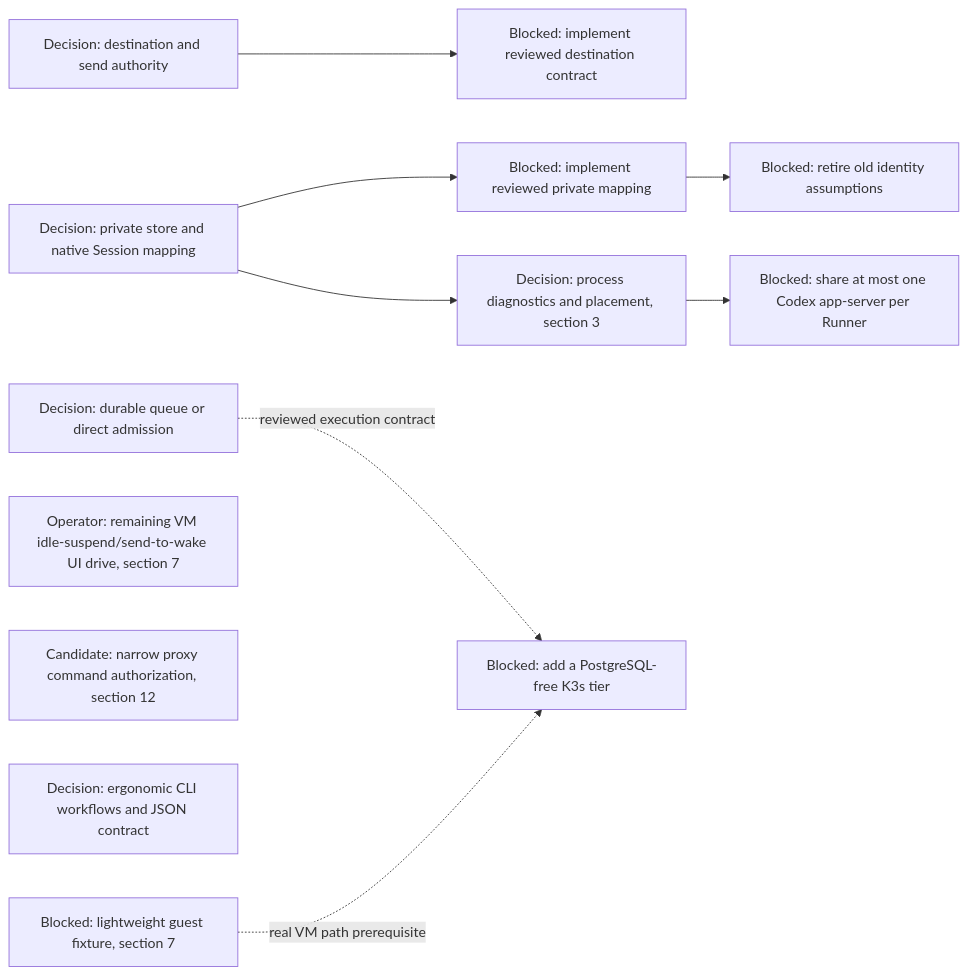
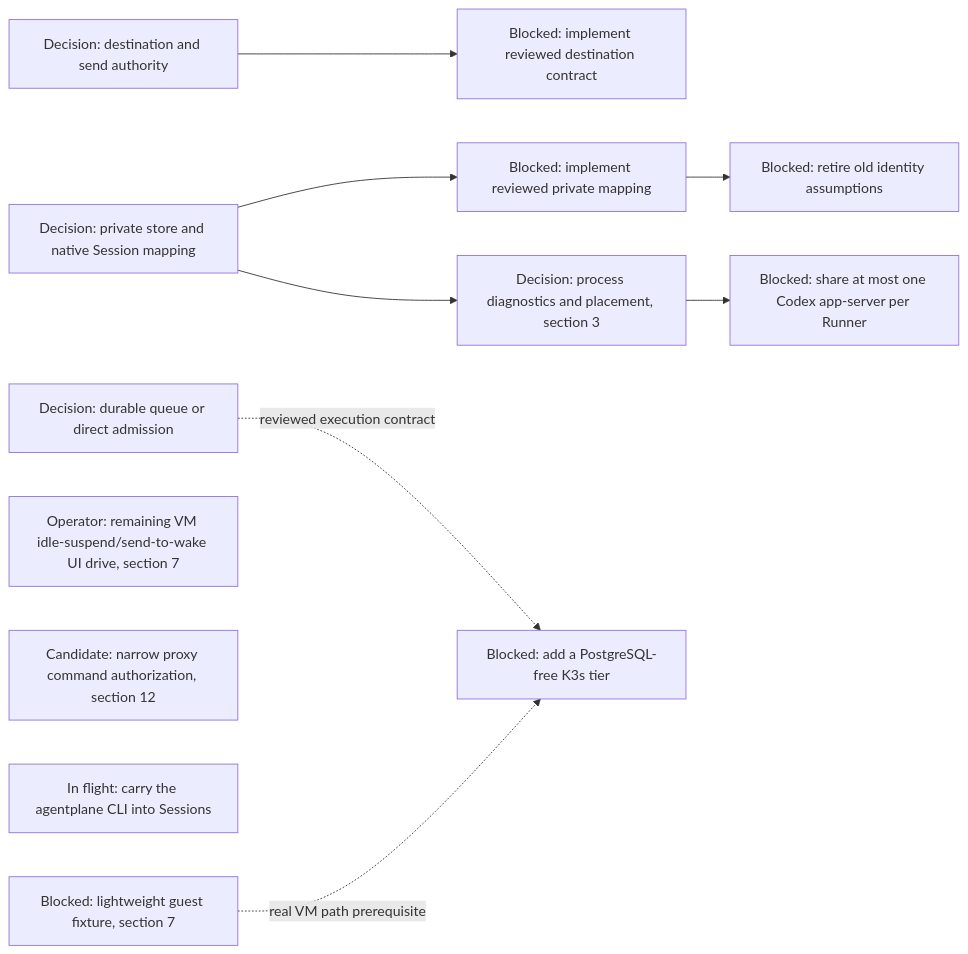
Before and after one commit to agentydragon-agent/ducktape: diagram 16 of 17 in agentplane/plans/task_dag.md, drawn with Mermaid. The commit also changed other lines of this file and 25 other files, not shown here.

````diff
--- a/agentplane/plans/task_dag.md
+++ b/agentplane/plans/task_dag.md
@@ -1809,22 +1809,22 @@
 ```mermaid
 flowchart LR
     DISPATCHER_PERSISTENCE_MODEL_DESIGN[Decision: durable queue or direct admission]
     DELIVERY_DESTINATION_AUTHORITY_DESIGN[Decision: destination and send authority]
     DELIVERY_DESTINATION_CONTRACT[Blocked: implement reviewed destination contract]
     HARNESS_IDENTITY_DESIGN[Decision: private store and native Session mapping]
     RUNNER_STORE_SESSION_IDENTITY[Blocked: implement reviewed private mapping]
     RUNNER_IDENTITY_LEGACY_CLEANUP[Blocked: retire old identity assumptions]
     IDLE_SUSPEND_UI_DRIVE[Operator: remaining VM idle-suspend/send-to-wake UI drive, section 7]
     PROXY_START_METHODS_DISPATCHER_ONLY[Candidate: narrow proxy command authorization, section 12]
     RUNNER_HARNESS_OBJECTS_DESIGN[Decision: process diagnostics and placement, section 3]
-    AGENT_API_TOOLING_DESIGN[Decision: ergonomic CLI workflows and JSON contract]
+    AGENT_CLI_ROLLOUT[In flight: carry the agentplane CLI into Sessions]
     CNPG_FREE_K3S_INTEGRATION_TIER[Blocked: add a PostgreSQL-free K3s tier]
     K3S_VM_IMAGE[Blocked: lightweight guest fixture, section 7]
     DELIVERY_DESTINATION_AUTHORITY_DESIGN --> DELIVERY_DESTINATION_CONTRACT
     RUNNER_STORE_SESSION_IDENTITY --> RUNNER_IDENTITY_LEGACY_CLEANUP
     HARNESS_IDENTITY_DESIGN --> RUNNER_STORE_SESSION_IDENTITY
     HARNESS_IDENTITY_DESIGN --> RUNNER_HARNESS_OBJECTS_DESIGN
     RUNNER_HARNESS_OBJECTS_DESIGN --> RUNNER_CODEX_SHARED_PROCESS[Blocked: share at most one Codex app-server per Runner]
     DISPATCHER_PERSISTENCE_MODEL_DESIGN -. reviewed execution contract .-> CNPG_FREE_K3S_INTEGRATION_TIER
     K3S_VM_IMAGE -. real VM path prerequisite .-> CNPG_FREE_K3S_INTEGRATION_TIER
 ```
````
